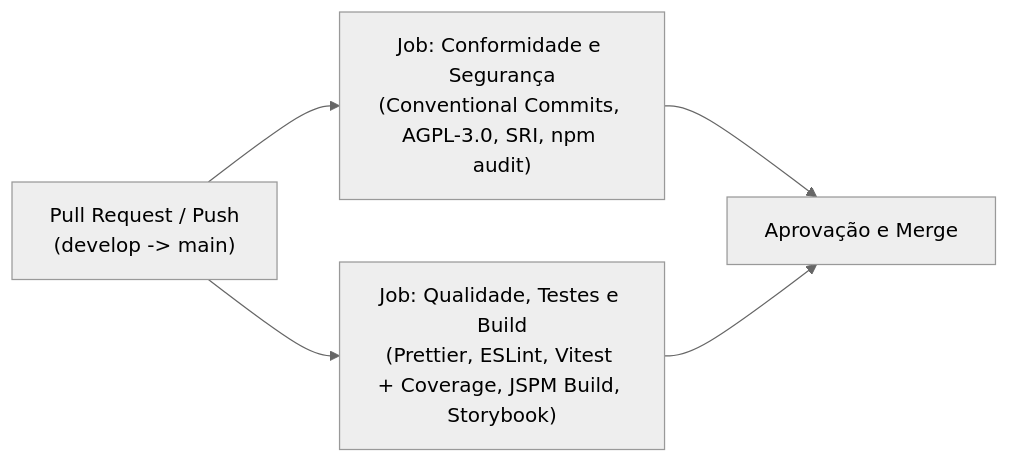
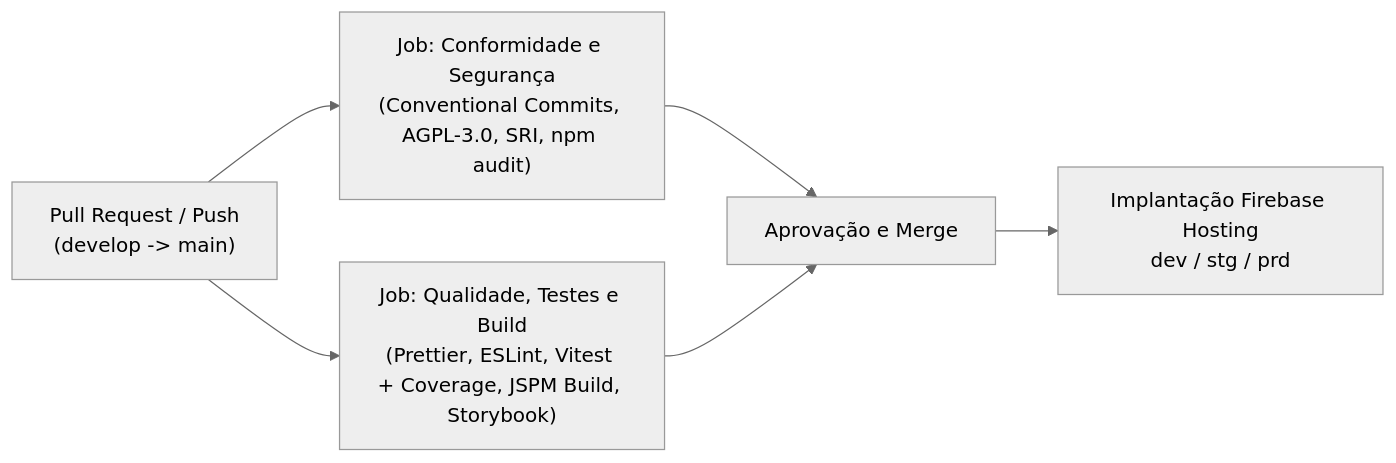
One commit to luizcanet/mandaumpix.app changed the diagram in docs/deployment/pipeline.md. Above: the diagram before and after it, drawn with Mermaid (neutral theme). The commit also changed other lines of this file and 13 other files, not shown here.

Commit message:
docs: update changelog and architecture documentation with firebase hosting decisions

````diff
--- a/docs/deployment/pipeline.md
+++ b/docs/deployment/pipeline.md
@@ -13,7 +13,8 @@
 ```mermaid
 flowchart LR
     PR["Pull Request / Push<br/>(develop -> main)"] --> Comp["Job: Conformidade e Segurança<br/>(Conventional Commits, AGPL-3.0, SRI, npm audit)"]
     PR --> Qual["Job: Qualidade, Testes e Build<br/>(Prettier, ESLint, Vitest + Coverage, JSPM Build, Storybook)"]
     Comp --> Merge["Aprovação e Merge"]
     Qual --> Merge
+    Merge --> Deploy["Implantação Firebase Hosting<br/>dev / stg / prd"]
 ```
````
